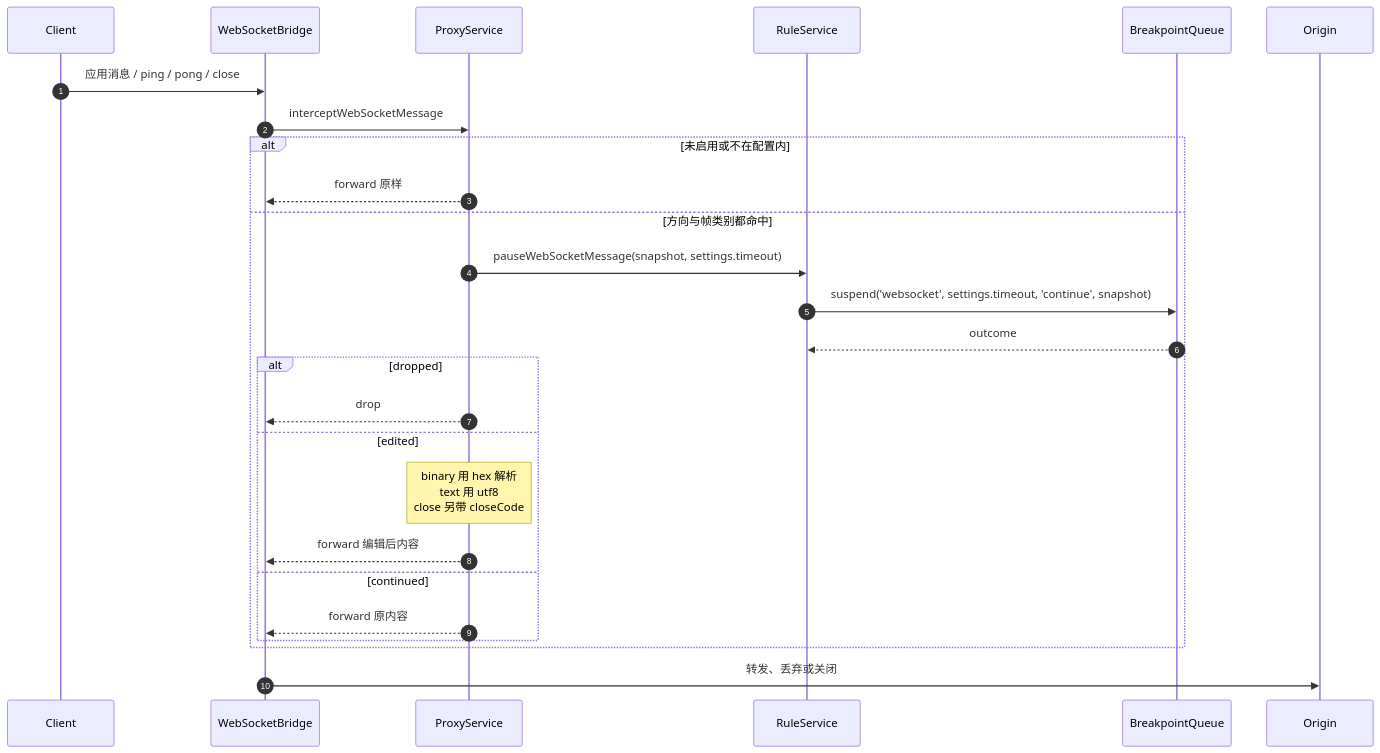
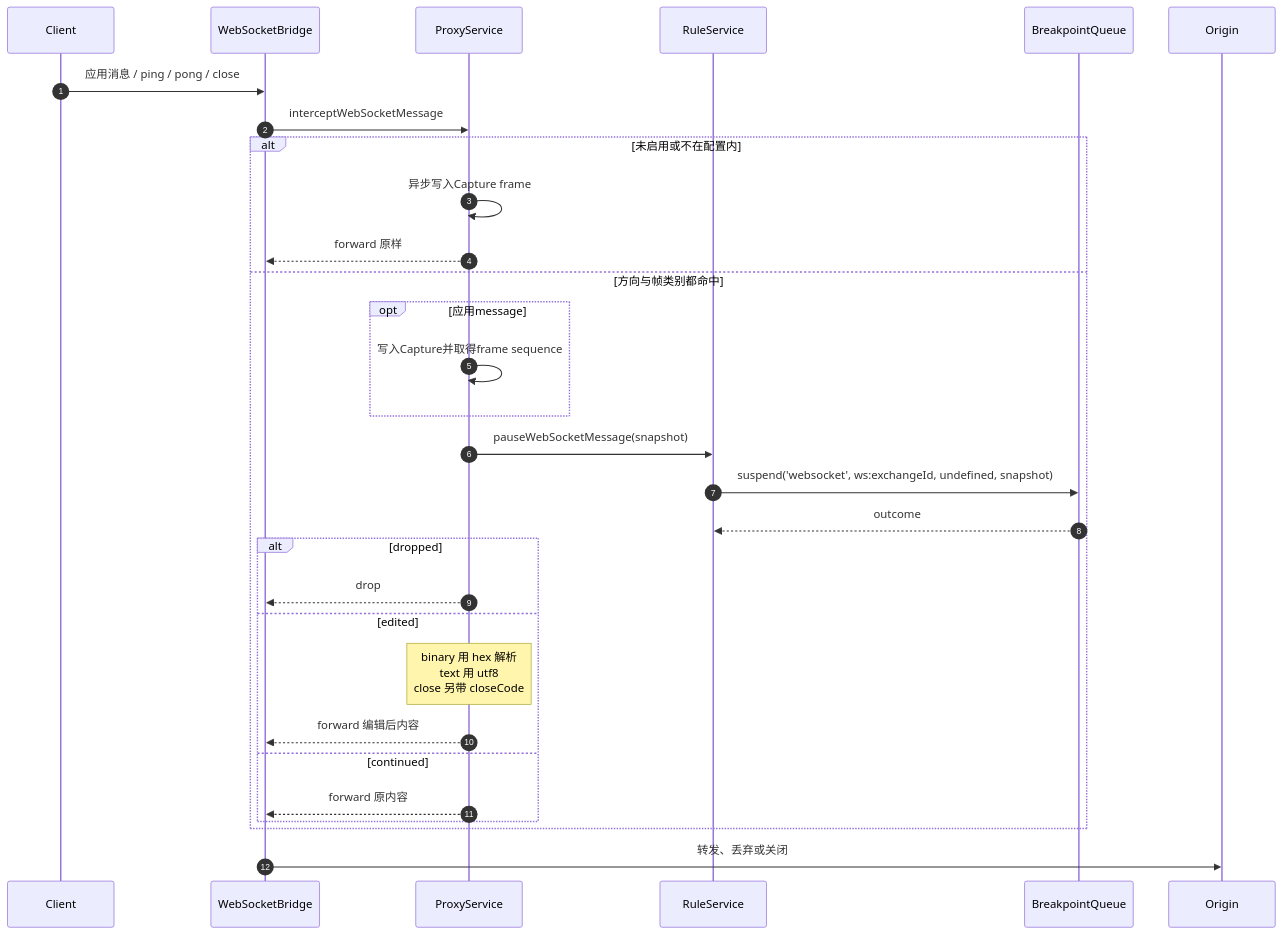
Before and after one commit to zhxmt-xm/Interceptor: the third of 3 diagrams in architecture/features/breakpoints.md, drawn with Mermaid. The commit also changed other lines of this file and 181 other files, not shown here.

````diff
--- a/architecture/features/breakpoints.md
+++ b/architecture/features/breakpoints.md
@@ -131,29 +129,33 @@
 ```mermaid
 sequenceDiagram
     autonumber
     participant Client
     participant Bridge as WebSocketBridge
     participant Proxy as ProxyService
     participant Engine as RuleService
     participant Queue as BreakpointQueue
     participant Origin
 
     Client->>Bridge: 应用消息 / ping / pong / close
     Bridge->>Proxy: interceptWebSocketMessage
     alt 未启用或不在配置内
+        Proxy->>Proxy: 异步写入Capture frame
         Proxy-->>Bridge: forward 原样
     else 方向与帧类别都命中
-        Proxy->>Engine: pauseWebSocketMessage(snapshot, settings.timeout)
-        Engine->>Queue: suspend('websocket', settings.timeout, 'continue', snapshot)
+        opt 应用message
+            Proxy->>Proxy: 写入Capture并取得frame sequence
+        end
+        Proxy->>Engine: pauseWebSocketMessage(snapshot)
+        Engine->>Queue: suspend('websocket', ws:exchangeId, undefined, snapshot)
         Queue-->>Engine: outcome
         alt dropped
             Proxy-->>Bridge: drop
         else edited
             Note over Proxy: binary 用 hex 解析<br/>text 用 utf8<br/>close 另带 closeCode
             Proxy-->>Bridge: forward 编辑后内容
         else continued
             Proxy-->>Bridge: forward 原内容
         end
     end
     Bridge->>Origin: 转发、丢弃或关闭
 ```
````
